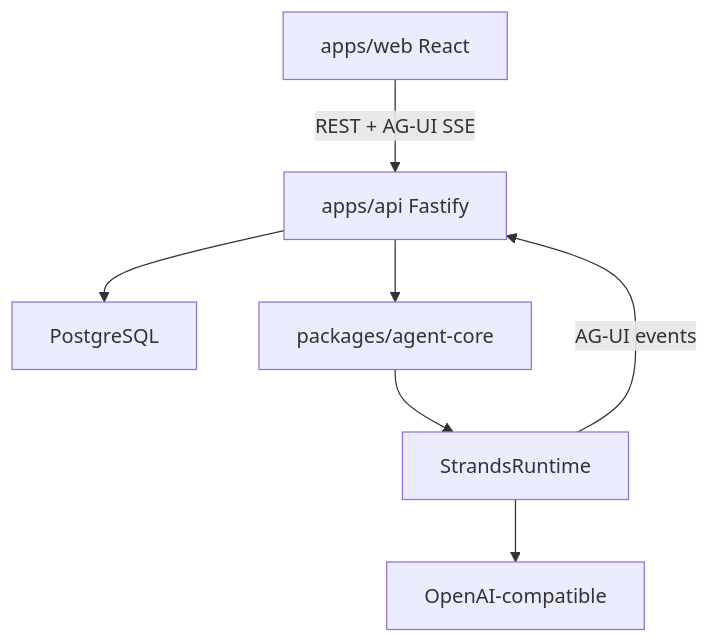
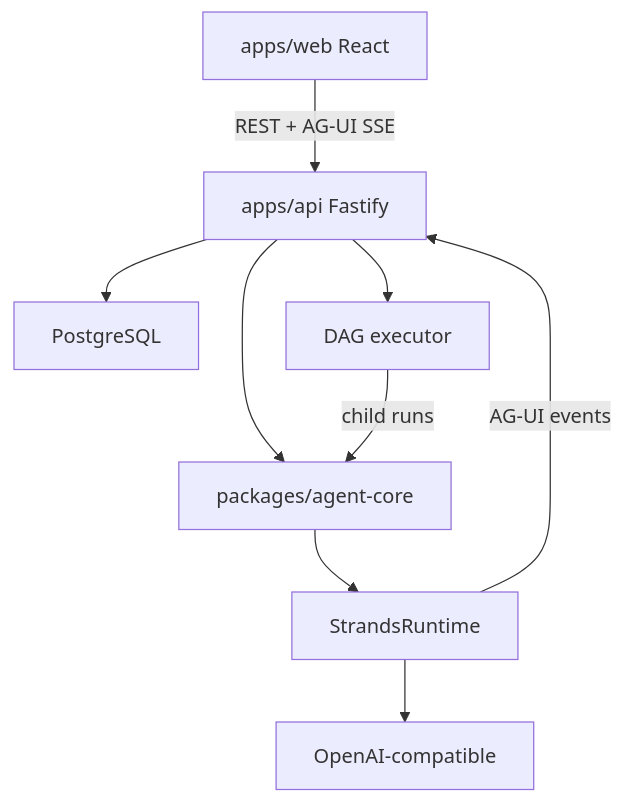
Before and after one commit to Jahataa/jaha-eye: the diagram in docs/architecture/overview.md, drawn with Mermaid. The commit also changed other lines of this file and 48 other files, not shown here.

First line of the commit message:
Add agent orchestration graphs with canvas editor and migrate legacy research to docs.

````diff
--- a/docs/architecture/overview.md
+++ b/docs/architecture/overview.md
@@ -7,9 +7,11 @@
 ```mermaid
 flowchart TD
   web["apps/web React"] -->|"REST + AG-UI SSE"| api["apps/api Fastify"]
   api --> db["PostgreSQL"]
   api --> core["packages/agent-core"]
+  api --> dag["DAG executor"]
   core --> strands["StrandsRuntime"]
+  dag -->|"child runs"| core
   strands --> models["OpenAI-compatible"]
   strands -->|"AG-UI events"| api
 ```
````
